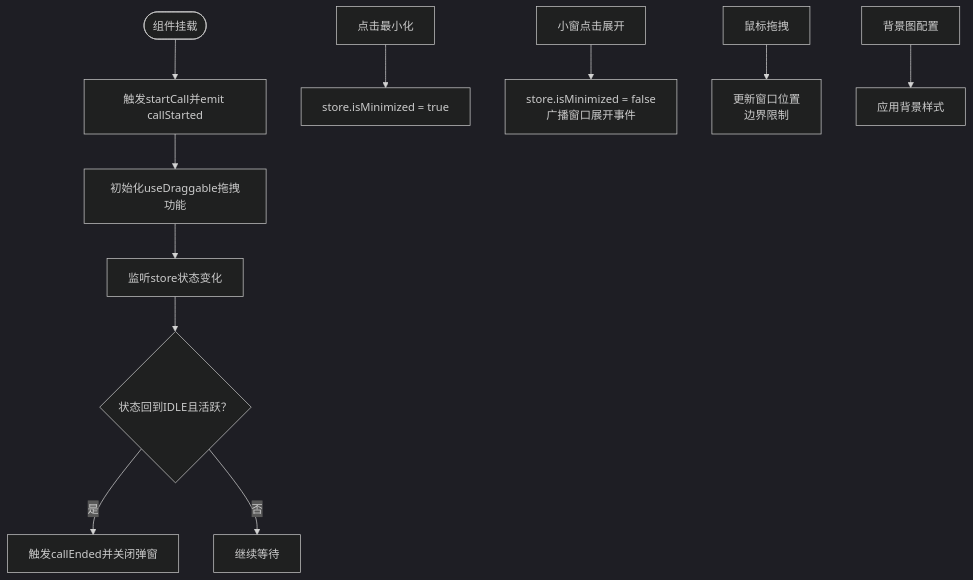
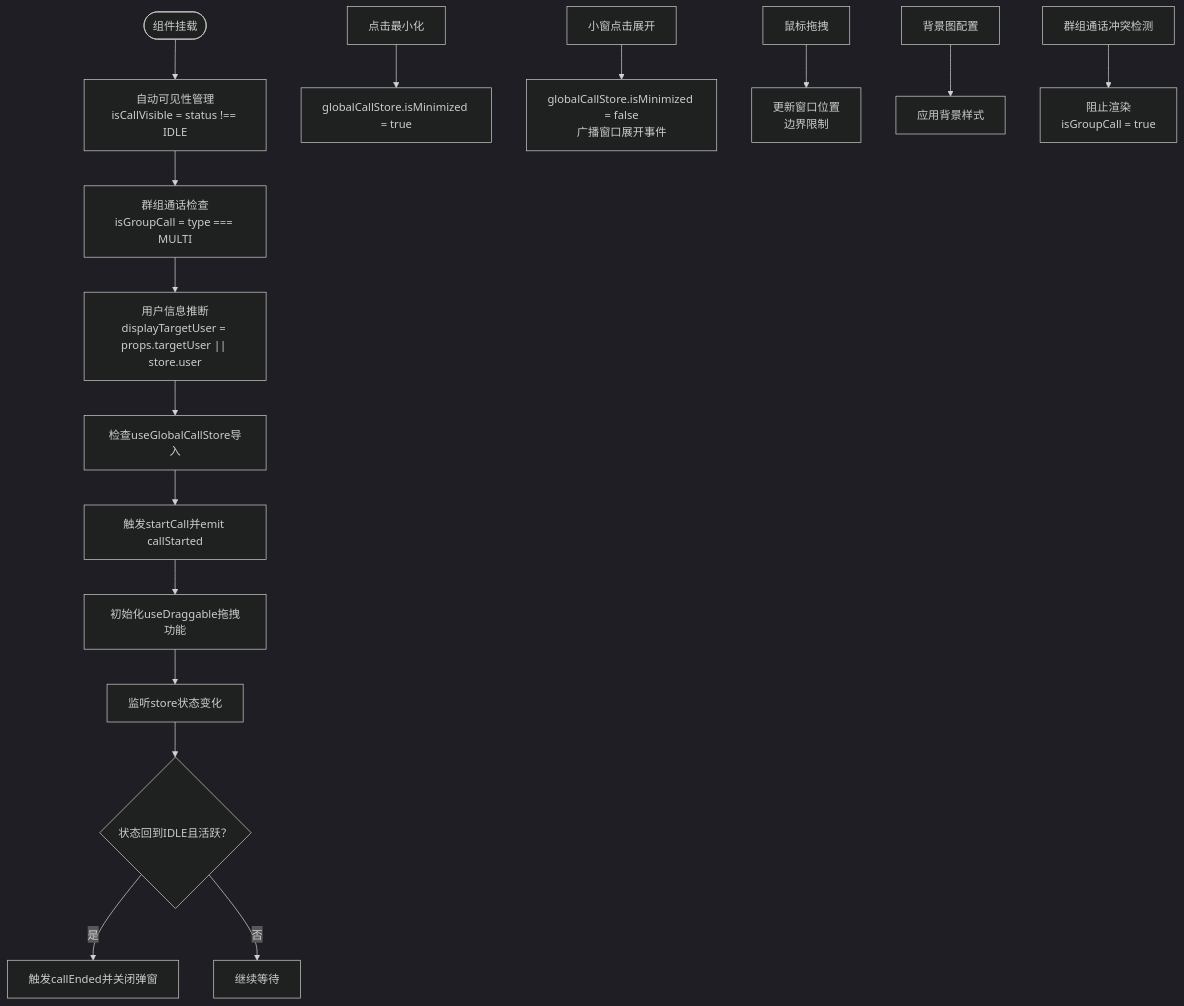
The third of 9 diagrams in .qoder/repowiki/zh/content/核心组件/单人通话组件/主组件 EasemobChatSingleCall.md (Easemob-Community/easemob-uikit-callkit-vue3), drawn with Mermaid (dark theme) before and after one commit. The commit also changed other lines of this file and 40 other files, not shown here.

````diff
--- a/.qoder/repowiki/zh/content/核心组件/单人通话组件/主组件 EasemobChatSingleCall.md
+++ b/.qoder/repowiki/zh/content/核心组件/单人通话组件/主组件 EasemobChatSingleCall.md
@@ -157,13 +199,18 @@
 ```mermaid
 flowchart TD
-Start(["组件挂载"]) --> Init["触发startCall并emit callStarted"]
+Start(["组件挂载"]) --> AutoVisibility["自动可见性管理<br/>isCallVisible = status !== IDLE"]
+AutoVisibility --> GroupCheck["群组通话检查<br/>isGroupCall = type === MULTI"]
+GroupCheck --> UserInference["用户信息推断<br/>displayTargetUser = props.targetUser || store.user"]
+UserInference --> ImportCheck["检查useGlobalCallStore导入"]
+ImportCheck --> Init["触发startCall并emit callStarted"]
 Init --> DragInit["初始化useDraggable拖拽功能"]
 DragInit --> Watch["监听store状态变化"]
 Watch --> StatusIdle{"状态回到IDLE且活跃？"}
 StatusIdle --> |是| EndCall["触发callEnded并关闭弹窗"]
 StatusIdle --> |否| Wait["继续等待"]
-Minimize["点击最小化"] --> SetMin["store.isMinimized = true"]
-Expand["小窗点击展开"] --> SetMax["store.isMinimized = false<br/>广播窗口展开事件"]
+Minimize["点击最小化"] --> SetMin["globalCallStore.isMinimized = true"]
+Expand["小窗点击展开"] --> SetMax["globalCallStore.isMinimized = false<br/>广播窗口展开事件"]
 Drag["鼠标拖拽"] --> DragMove["更新窗口位置<br/>边界限制"]
 Background["背景图配置"] --> BGStyle["应用背景样式"]
+GroupConflict["群组通话冲突检测"] --> PreventRender["阻止渲染<br/>isGroupCall = true"]
 ```
````
